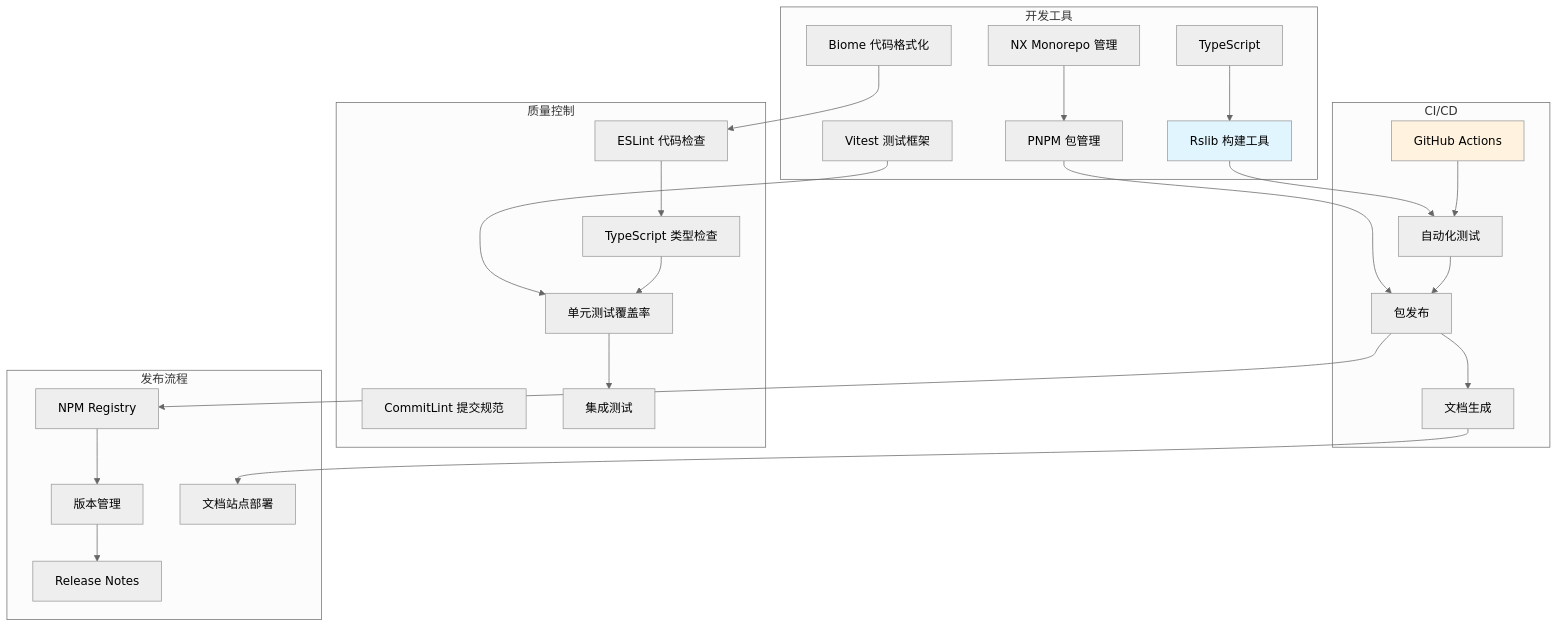
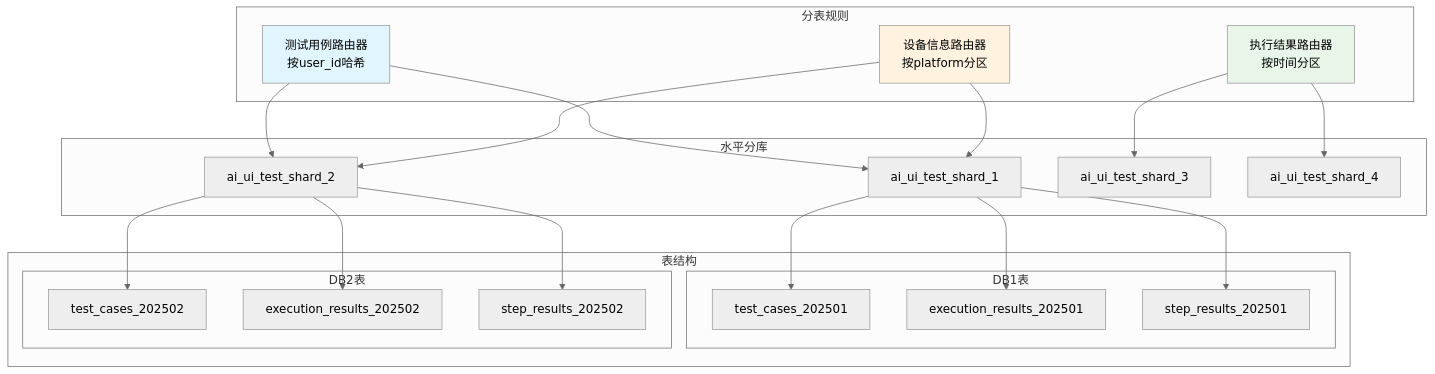
One commit to zhuozp/AI-UI- changed diagram 17 of 31 in README.md. Above: the diagram before and after it, drawn with Mermaid (neutral theme). The commit also changed other lines of this file, not shown here.

````diff
--- a/README.md
+++ b/README.md
@@ -518,56 +2089,48 @@
 ```mermaid
 graph TB
-    subgraph "开发工具"
-        T1[TypeScript]
-        T2[Rslib 构建工具]
-        T3[Biome 代码格式化]
-        T4[Vitest 测试框架]
-        T5[NX Monorepo 管理]
-        T6[PNPM 包管理]
+    subgraph "水平分库"
+        DB1[ai_ui_test_shard_1]
+        DB2[ai_ui_test_shard_2]
+        DB3[ai_ui_test_shard_3]
+        DB4[ai_ui_test_shard_4]
     end
     
-    subgraph "CI/CD"
-        C1[GitHub Actions]
-        C2[自动化测试]
-        C3[包发布]
-        C4[文档生成]
+    subgraph "分表规则"
+        TestCaseRouter[测试用例路由器<br/>按user_id哈希]
+        ExecutionRouter[执行结果路由器<br/>按时间分区]
+        DeviceRouter[设备信息路由器<br/>按platform分区]
     end
     
-    subgraph "质量控制"
-        Q1[ESLint 代码检查]
-        Q2[CommitLint 提交规范]
-        Q3[TypeScript 类型检查]
-        Q4[单元测试覆盖率]
-        Q5[集成测试]
+    subgraph "表结构"
+        subgraph "DB1表"
+            TC1[test_cases_202501]
+            ER1[execution_results_202501]
+            SR1[step_results_202501]
+        end
+        
+        subgraph "DB2表"  
+            TC2[test_cases_202502]
+            ER2[execution_results_202502]
+            SR2[step_results_202502]
+        end
     end
     
-    subgraph "发布流程"
-        P1[NPM Registry]
-        P2[版本管理]
-        P3[Release Notes]
-        P4[文档站点部署]
-    end
+    TestCaseRouter --> DB1
+    TestCaseRouter --> DB2
+    ExecutionRouter --> DB3
+    ExecutionRouter --> DB4
+    DeviceRouter --> DB1
+    DeviceRouter --> DB2
     
-    T1 --> T2
-    T2 --> C2
-    T3 --> Q1
-    T4 --> Q4
-    T5 --> T6
-    T6 --> C3
+    DB1 --> TC1
+    DB1 --> ER1
+    DB1 --> SR1
     
-    C1 --> C2
-    C2 --> C3
-    C3 --> C4
+    DB2 --> TC2
+    DB2 --> ER2
+    DB2 --> SR2
     
-    Q1 --> Q3
-    Q3 --> Q4
-    Q4 --> Q5
-    
-    C3 --> P1
-    P1 --> P2
-    P2 --> P3
-    C4 --> P4
-    
-    style T2 fill:#e1f5fe
-    style C1 fill:#fff3e0
+    style TestCaseRouter fill:#e1f5fe
+    style ExecutionRouter fill:#e8f5e8
+    style DeviceRouter fill:#fff3e0
 ```
````
